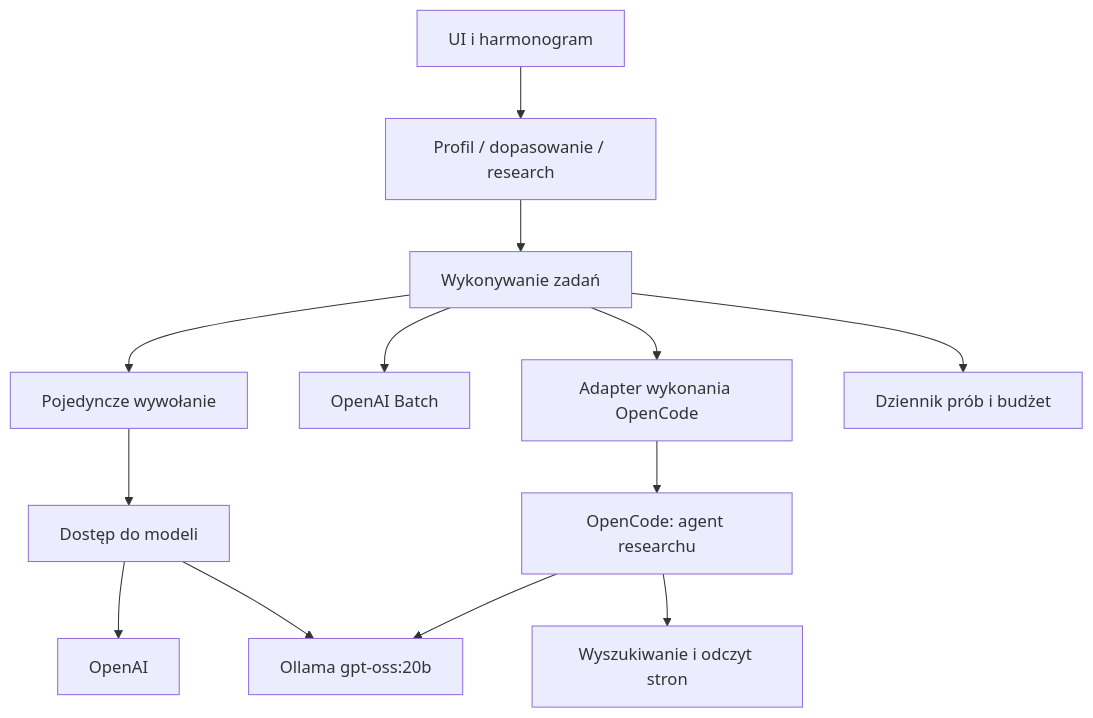
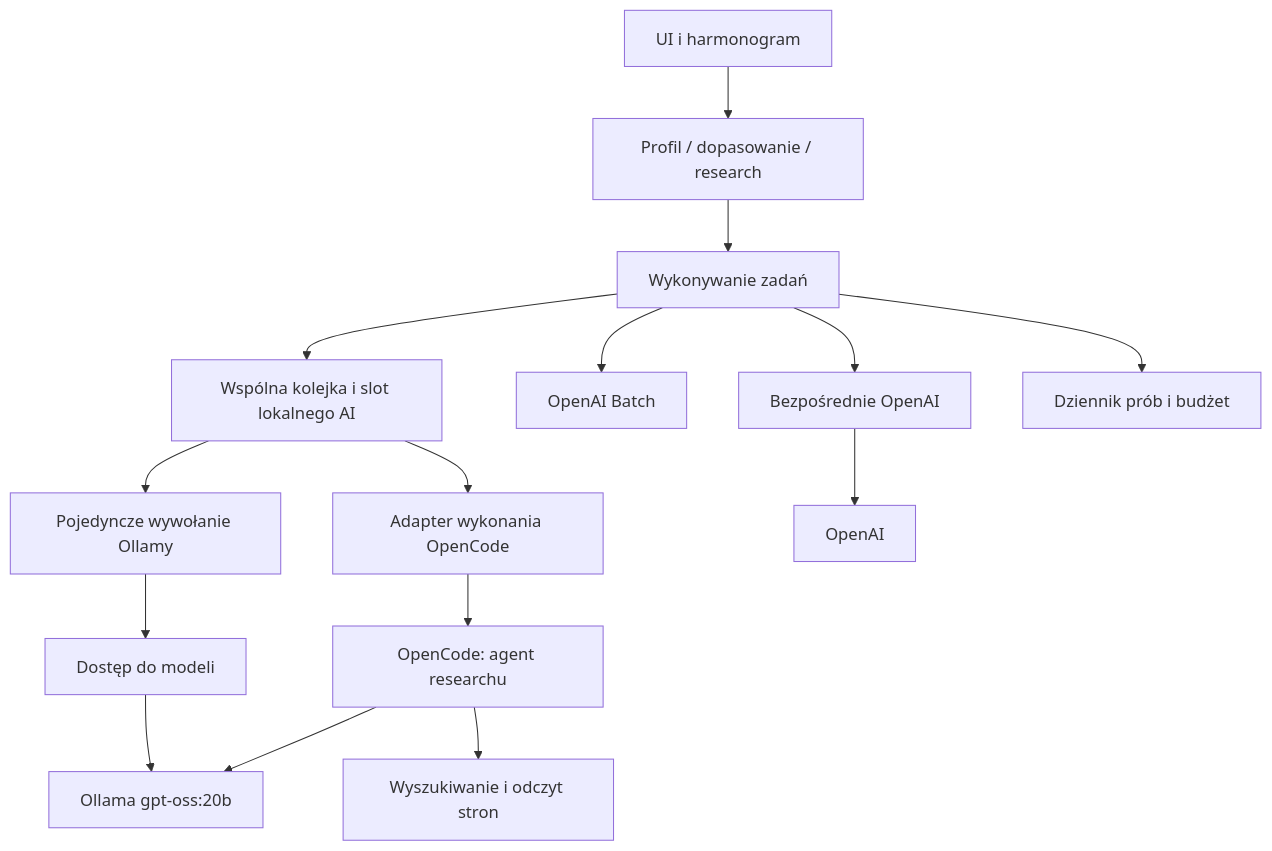
The diagram in docs/specs/lokalne-ai/solution-design.md (pioziol123/ofertorix-rekrutus), drawn with Mermaid before and after one commit. The commit also changed other lines of this file and 78 other files, not shown here.

````diff
--- a/docs/specs/lokalne-ai/solution-design.md
+++ b/docs/specs/lokalne-ai/solution-design.md
@@ -25,15 +25,17 @@
 ```mermaid
 flowchart TD
   U[UI i harmonogram] --> D[Profil / dopasowanie / research]
   D --> E[Wykonywanie zadań]
-  E --> S[Pojedyncze wywołanie]
+  E --> Q[Wspólna kolejka i slot lokalnego AI]
+  Q --> S[Pojedyncze wywołanie Ollamy]
   E --> B[OpenAI Batch]
-  E --> A[Adapter wykonania OpenCode]
+  Q --> A[Adapter wykonania OpenCode]
+  E --> OA[Bezpośrednie OpenAI]
+  OA --> O[OpenAI]
   S --> M[Dostęp do modeli]
-  M --> O[OpenAI]
   M --> L[Ollama gpt-oss:20b]
   A --> OC[OpenCode: agent researchu]
   OC --> L
   OC --> T[Wyszukiwanie i odczyt stron]
   E --> C[Dziennik prób i budżet]
 ```
````
